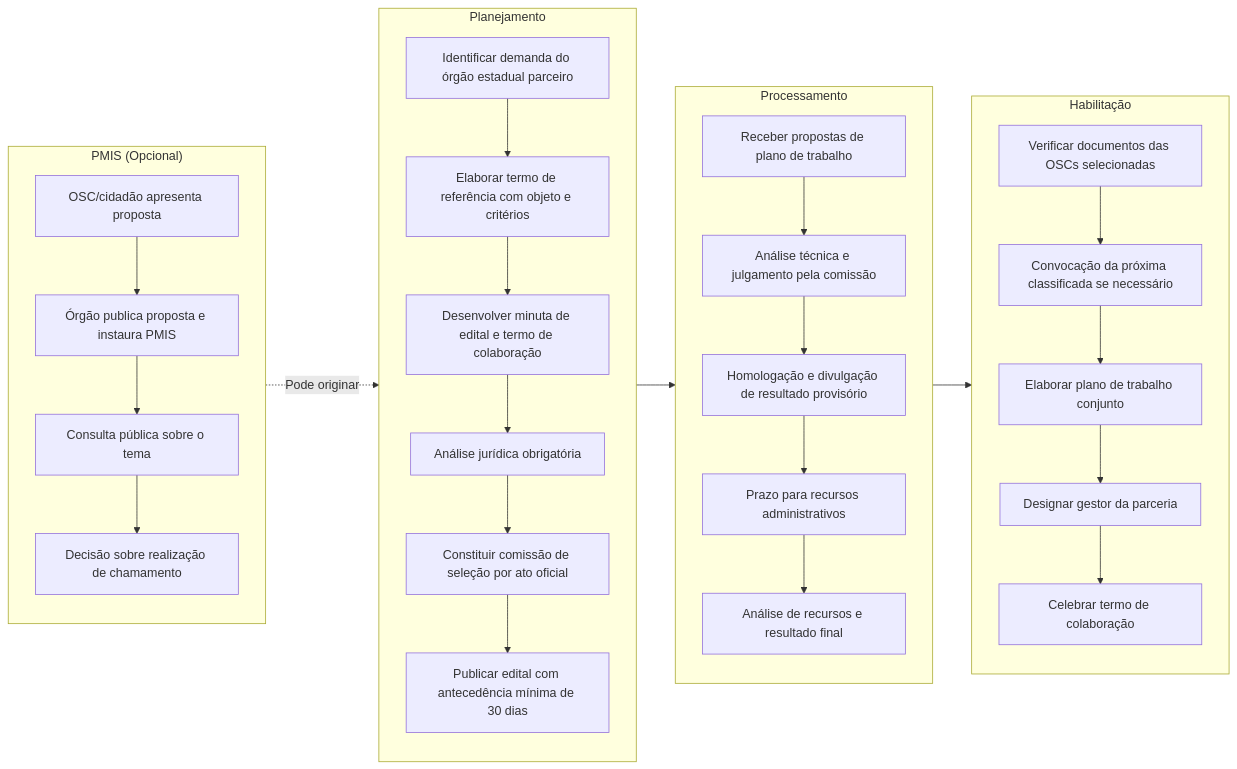
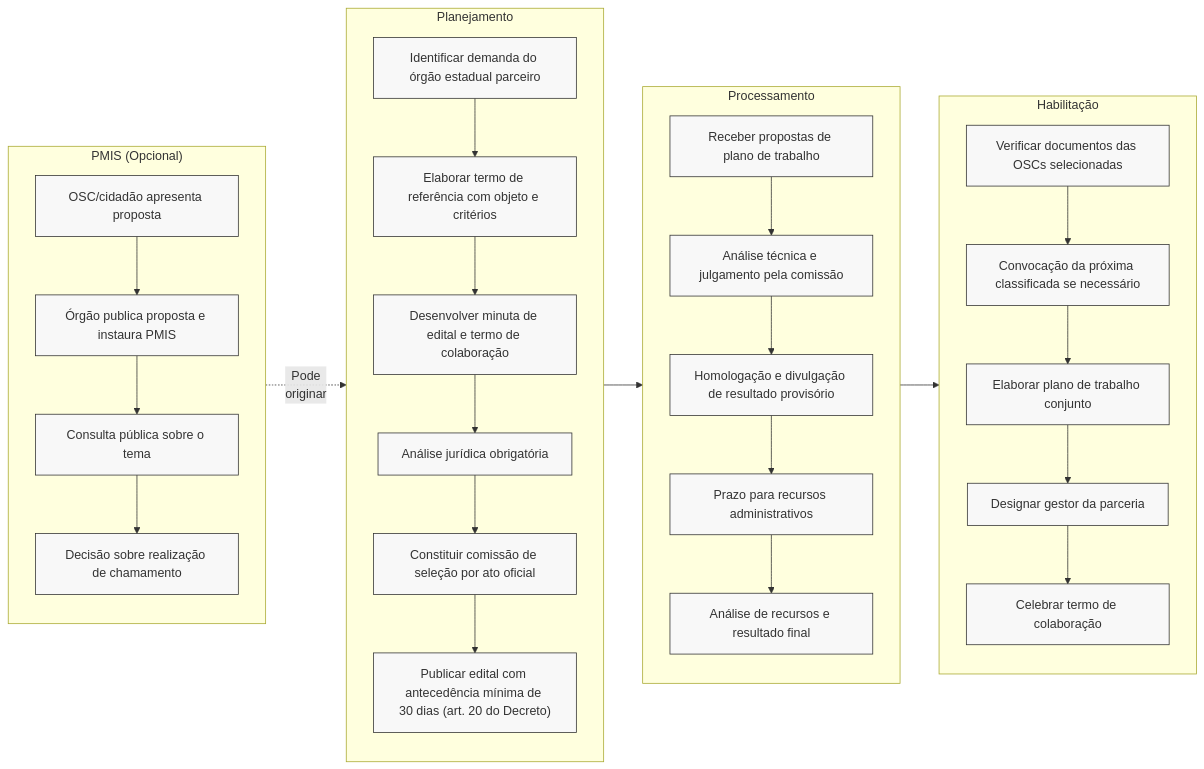
One commit to iepha-mg/manual.appi changed the first of 4 diagrams in docs/parcerias/mrosc/termo-de-colaboracao.md. Above: the diagram before and after it, drawn with Mermaid. The commit also changed other lines of this file and 1 other file, not shown here.

Commit message:
fix /mrosc/acordo... abas e fix /termo-de-colaboracao.md ate Plano de Trabalho

````diff
--- a/docs/parcerias/mrosc/termo-de-colaboracao.md
+++ b/docs/parcerias/mrosc/termo-de-colaboracao.md
@@ -126,37 +134,39 @@
-<div class="mermaid">
-flowchart LR
-    subgraph PMIS ["PMIS (Opcional)"]
-        P1["OSC/cidadão apresenta proposta"]
-        P2["Órgão publica proposta e instaura PMIS"]
-        P3["Consulta pública sobre o tema"]
-        P4["Decisão sobre realização de chamamento"]
-        P1 --> P2 --> P3 --> P4
-    end
-    subgraph Planejamento
-        A1["Identificar demanda do órgão estadual parceiro"]
-        A2["Elaborar termo de referência com objeto e critérios"]
-        A3["Desenvolver minuta de edital e termo de colaboração"]
-        A4["Análise jurídica obrigatória"]
-        A5["Constituir comissão de seleção por ato oficial"]
-        A6["Publicar edital com antecedência mínima de 30 dias"]
-        A1 --> A2 --> A3 --> A4 --> A5 --> A6
-    end
-    subgraph Processamento
-        B1["Receber propostas de plano de trabalho"]
-        B2["Análise técnica e julgamento pela comissão"]
-        B3["Homologação e divulgação de resultado provisório"]
-        B4["Prazo para recursos administrativos"]
-        B5["Análise de recursos e resultado final"]
-        B1 --> B2 --> B3 --> B4 --> B5
-    end
-    subgraph Habilitação
-        C1["Verificar documentos das OSCs selecionadas"]
-        C2["Convocação da próxima classificada se necessário"]
-        C3["Elaborar plano de trabalho conjunto"]
-        C4["Designar gestor da parceria"]
-        C5["Celebrar termo de colaboração"]
-        C1 --> C2 --> C3 --> C4 --> C5
-    end
-    PMIS -.->|Pode originar| Planejamento
-    Planejamento --> Processamento --> Habilitação
-</div>
+    ```mermaid
+        %%{init: { 'flowchart': { 'htmlLabels': true }, 'maxTextSize': 90000 }}%%
+        flowchart LR
+        subgraph PMIS ["PMIS (Opcional)"]
+            P1["OSC/cidadão apresenta proposta"]
+            P2["Órgão publica proposta e instaura PMIS"]
+            P3["Consulta pública sobre o tema"]
+            P4["Decisão sobre realização de chamamento"]
+            P1 --> P2 --> P3 --> P4
+        end
+        subgraph Planejamento
+            A1["Identificar demanda do órgão estadual parceiro"]
+            A2["Elaborar termo de referência com objeto e critérios"]
+            A3["Desenvolver minuta de edital e termo de colaboração"]
+            A4["Análise jurídica obrigatória"]
+            A5["Constituir comissão de seleção por ato oficial"]
+            A6["Publicar edital com antecedência mínima de 30 dias (art. 20 do Decreto)"]
+            A1 --> A2 --> A3 --> A4 --> A5 --> A6
+        end
+        subgraph Processamento
+            B1["Receber propostas de plano de trabalho"]
+            B2["Análise técnica e julgamento pela comissão"]
+            B3["Homologação e divulgação de resultado provisório"]
+            B4["Prazo para recursos administrativos"]
+            B5["Análise de recursos e resultado final"]
+            B1 --> B2 --> B3 --> B4 --> B5
+        end
+        subgraph Habilitação
+            C1["Verificar documentos das OSCs selecionadas"]
+            C2["Convocação da próxima classificada se necessário"]
+            C3["Elaborar plano de trabalho conjunto"]
+            C4["Designar gestor da parceria"]
+            C5["Celebrar termo de colaboração"]
+            C1 --> C2 --> C3 --> C4 --> C5
+        end
+        PMIS -.->|Pode <br> originar| Planejamento
+        Planejamento --> Processamento --> Habilitação
+            classDef default stroke:#333,stroke-width:1px,fill:#f8f8f8,rx:0,ry:6font-size:20px;
+    ```
````
